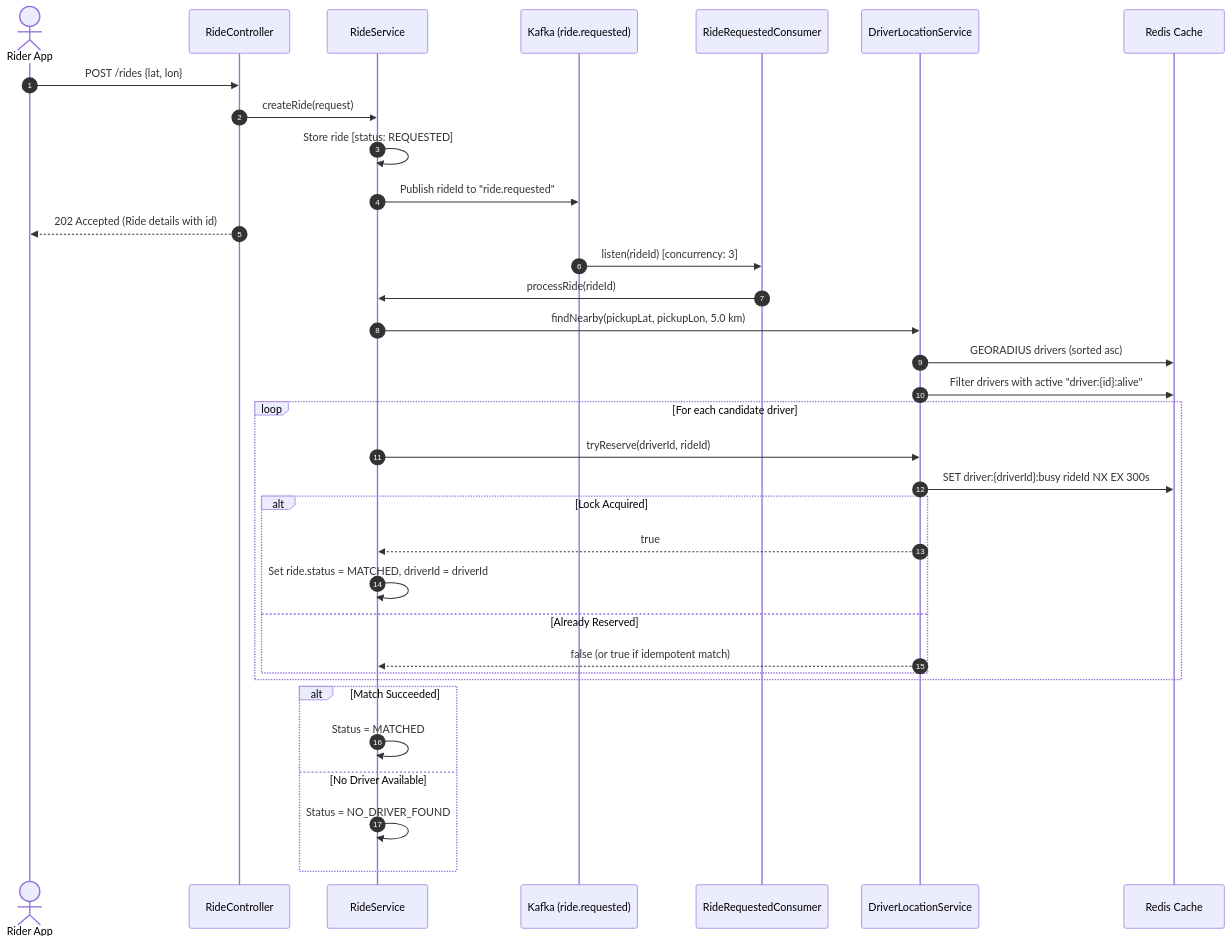
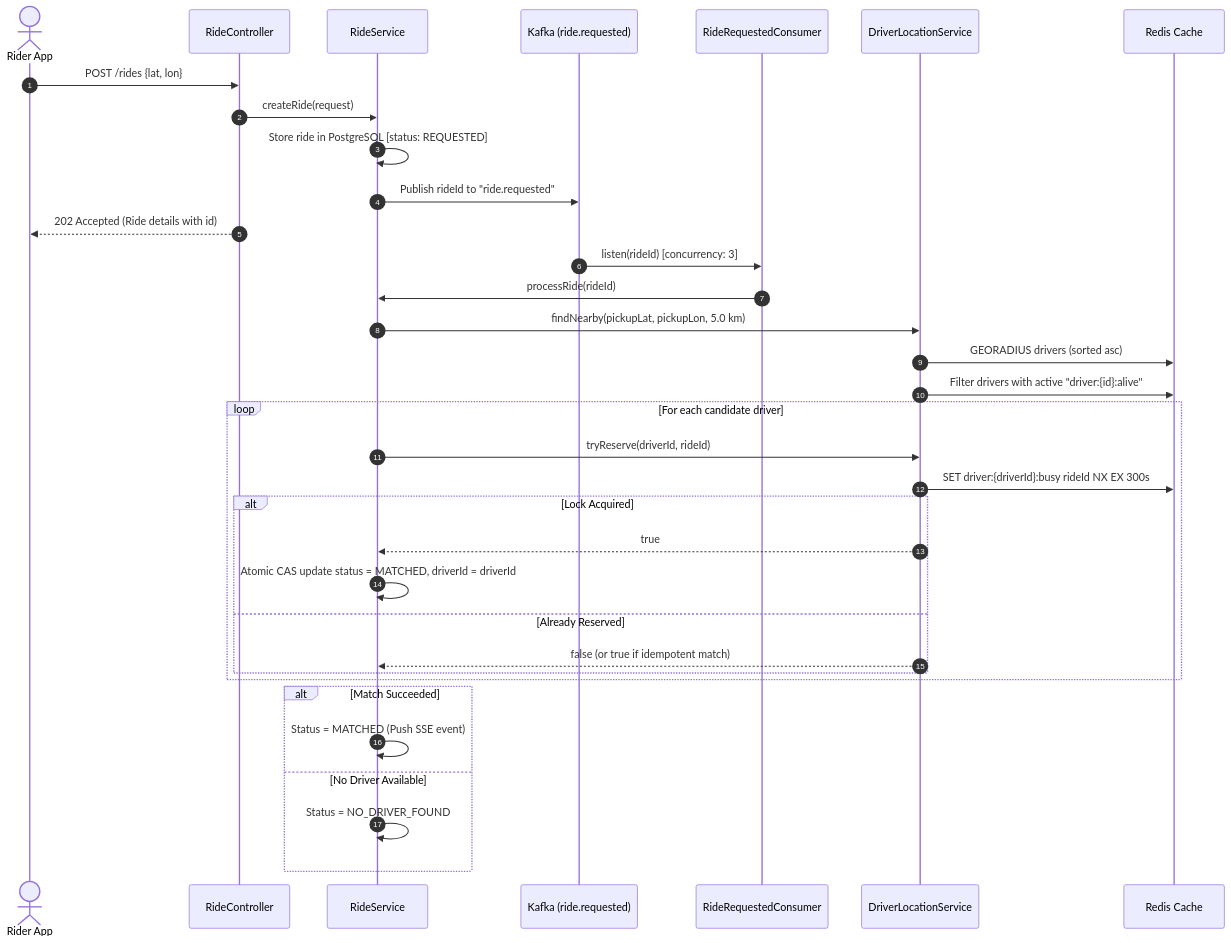
The third of 9 diagrams in README.md (akashsingh-hash/voyage), drawn with Mermaid before and after one commit. The commit also changed other lines of this file, not shown here.

````diff
--- a/README.md
+++ b/README.md
@@ -79,40 +180,40 @@
 ```mermaid
 sequenceDiagram
     autonumber
     actor Rider as Rider App
     participant RideCtrl as RideController
     participant RideSvc as RideService
     participant Kafka as Kafka (ride.requested)
     participant Consumer as RideRequestedConsumer
     participant LocSvc as DriverLocationService
     participant Redis as Redis Cache
 
     Rider->>RideCtrl: POST /rides {lat, lon}
     RideCtrl->>RideSvc: createRide(request)
-    RideSvc->>RideSvc: Store ride [status: REQUESTED]
+    RideSvc->>RideSvc: Store ride in PostgreSQL [status: REQUESTED]
     RideSvc->>Kafka: Publish rideId to "ride.requested"
     RideCtrl-->>Rider: 202 Accepted (Ride details with id)
 
     Kafka->>Consumer: listen(rideId) [concurrency: 3]
     Consumer->>RideSvc: processRide(rideId)
     RideSvc->>LocSvc: findNearby(pickupLat, pickupLon, 5.0 km)
     LocSvc->>Redis: GEORADIUS drivers (sorted asc)
     LocSvc->>Redis: Filter drivers with active "driver:{id}:alive"
     
     loop For each candidate driver
         RideSvc->>LocSvc: tryReserve(driverId, rideId)
         LocSvc->>Redis: SET driver:{driverId}:busy rideId NX EX 300s
         alt Lock Acquired
             LocSvc-->>RideSvc: true
-            RideSvc->>RideSvc: Set ride.status = MATCHED, driverId = driverId
+            RideSvc->>RideSvc: Atomic CAS update status = MATCHED, driverId = driverId
         else Already Reserved
             LocSvc-->>RideSvc: false (or true if idempotent match)
         end
     end
     
     alt Match Succeeded
-        RideSvc->>RideSvc: Status = MATCHED
+        RideSvc->>RideSvc: Status = MATCHED (Push SSE event)
     else No Driver Available
         RideSvc->>RideSvc: Status = NO_DRIVER_FOUND
     end
 ```
````
